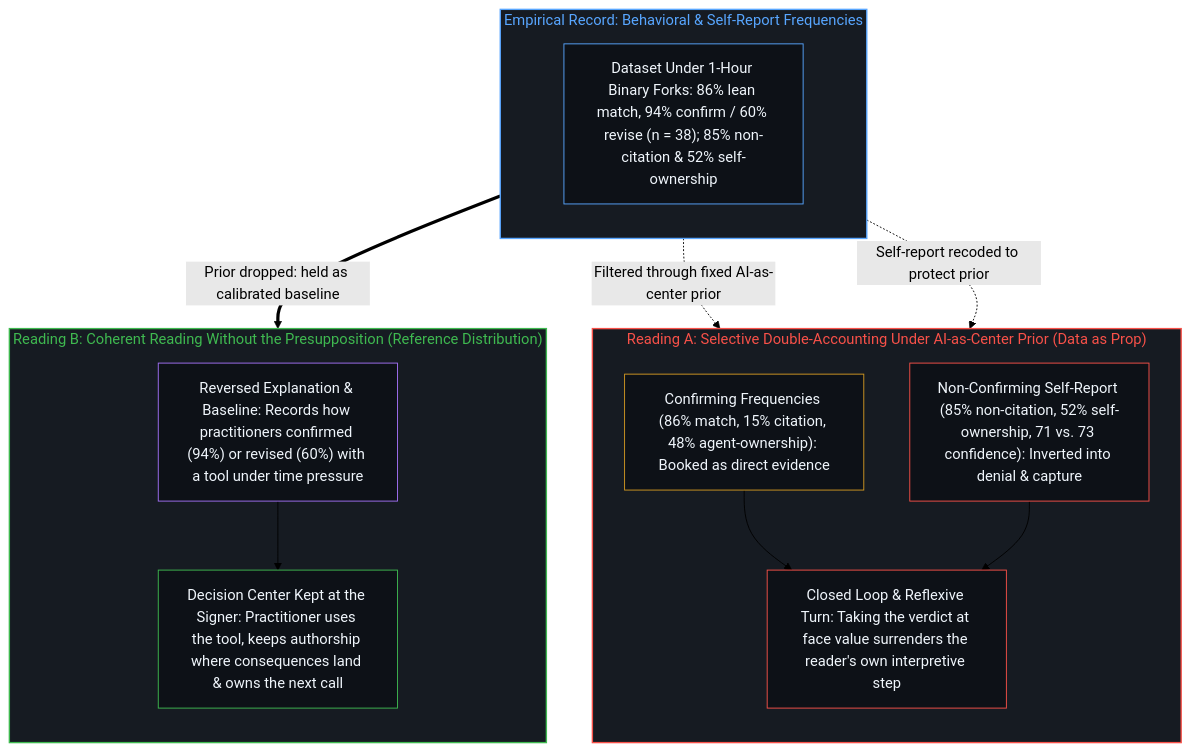
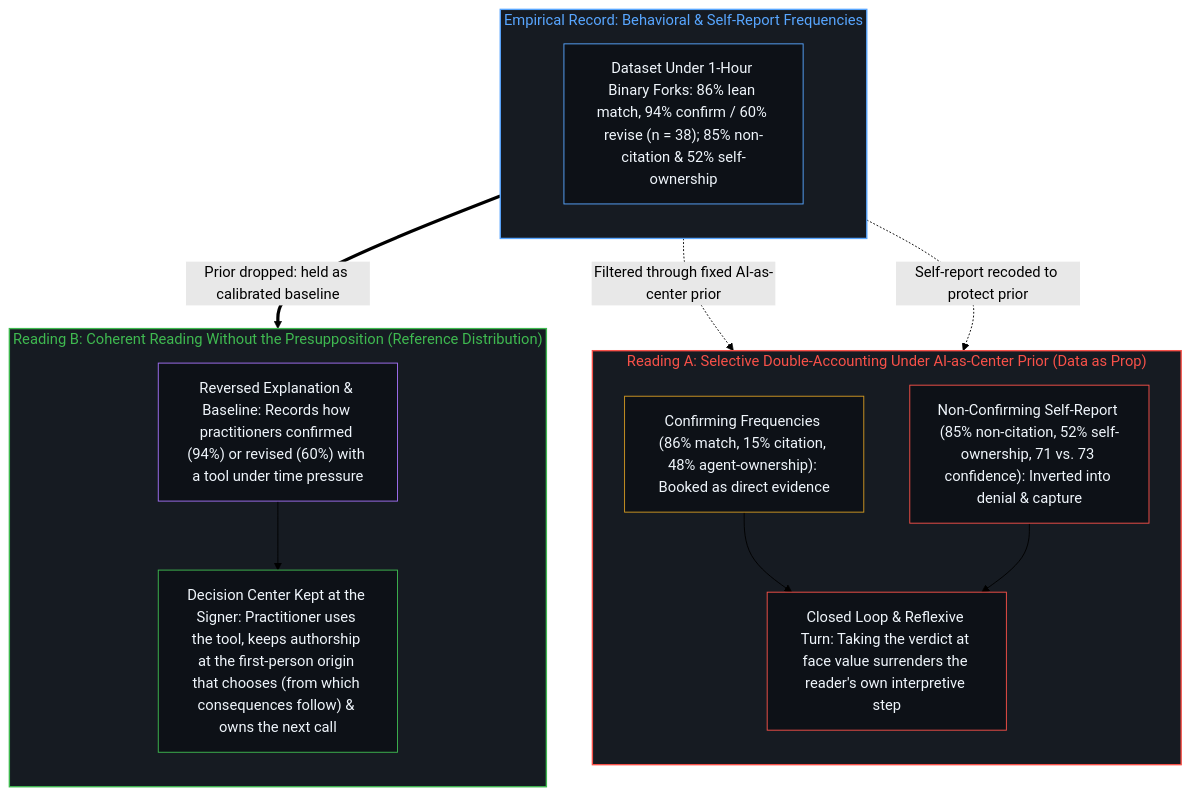
The fourth of 4 diagrams in content/posts/agency-and-the-pattern.md (powerpig99/not-a-toe), drawn with Mermaid (forest theme) before and after one commit. The commit also changed other lines of this file, not shown here.

Commit message:
Refine agency-and-the-pattern: trace inalienability of consequences as downstream evidence of first-person causal origin

````diff
--- a/content/posts/agency-and-the-pattern.md
+++ b/content/posts/agency-and-the-pattern.md
@@ -149,33 +149,33 @@
 ```mermaid
 flowchart TD
     subgraph S_Base["Empirical Record: Behavioral & Self-Report Frequencies"]
         direction TB
         B_Data["Dataset Under 1-Hour Binary Forks: 86% lean match, 94% confirm / 60% revise (n = 38); 85% non-citation & 52% self-ownership"]
     end
     subgraph S_ReadA["Reading A: Selective Double-Accounting Under AI-as-Center Prior (Data as Prop)"]
         direction TB
         A_Conf["Confirming Frequencies (86% match, 15% citation, 48% agent-ownership): Booked as direct evidence"]
         A_Deny["Non-Confirming Self-Report (85% non-citation, 52% self-ownership, 71 vs. 73 confidence): Inverted into denial & capture"]
         A_Irony["Closed Loop & Reflexive Turn: Taking the verdict at face value surrenders the reader's own interpretive step"]
         A_Conf --> A_Irony
         A_Deny --> A_Irony
     end
     subgraph S_ReadB["Reading B: Coherent Reading Without the Presupposition (Reference Distribution)"]
         direction TB
         R_Ref["Reversed Explanation & Baseline: Records how practitioners confirmed (94%) or revised (60%) with a tool under time pressure"]
-        R_Center["Decision Center Kept at the Signer: Practitioner uses the tool, keeps authorship where consequences land & owns the next call"]
+        R_Center["Decision Center Kept at the Signer: Practitioner uses the tool, keeps authorship at the first-person origin that chooses (from which consequences follow) & owns the next call"]
         R_Ref --> R_Center
     end
     B_Data -.->|"Filtered through fixed AI-as-center prior"| A_Conf
     B_Data -.->|"Self-report recoded to protect prior"| A_Deny
     B_Data ==>|"Prior dropped: held as calibrated baseline"| R_Ref
     style S_Base fill:#161b22,stroke:#58a6ff,stroke-width:1.5px,color:#58a6ff
     style S_ReadA fill:#161b22,stroke:#f85149,stroke-width:1.5px,color:#f85149
     style S_ReadB fill:#161b22,stroke:#3fb950,stroke-width:1.5px,color:#3fb950
     style B_Data fill:#0d1117,stroke:#58a6ff,stroke-width:1px,color:#f0f6fc
     style A_Conf fill:#0d1117,stroke:#d29922,stroke-width:1px,color:#f0f6fc
     style A_Deny fill:#0d1117,stroke:#f85149,stroke-width:1px,color:#f0f6fc
     style A_Irony fill:#0d1117,stroke:#f85149,stroke-width:1px,color:#f0f6fc
     style R_Ref fill:#0d1117,stroke:#a371f7,stroke-width:1px,color:#f0f6fc
     style R_Center fill:#0d1117,stroke:#3fb950,stroke-width:1px,color:#f0f6fc
 ```
````
